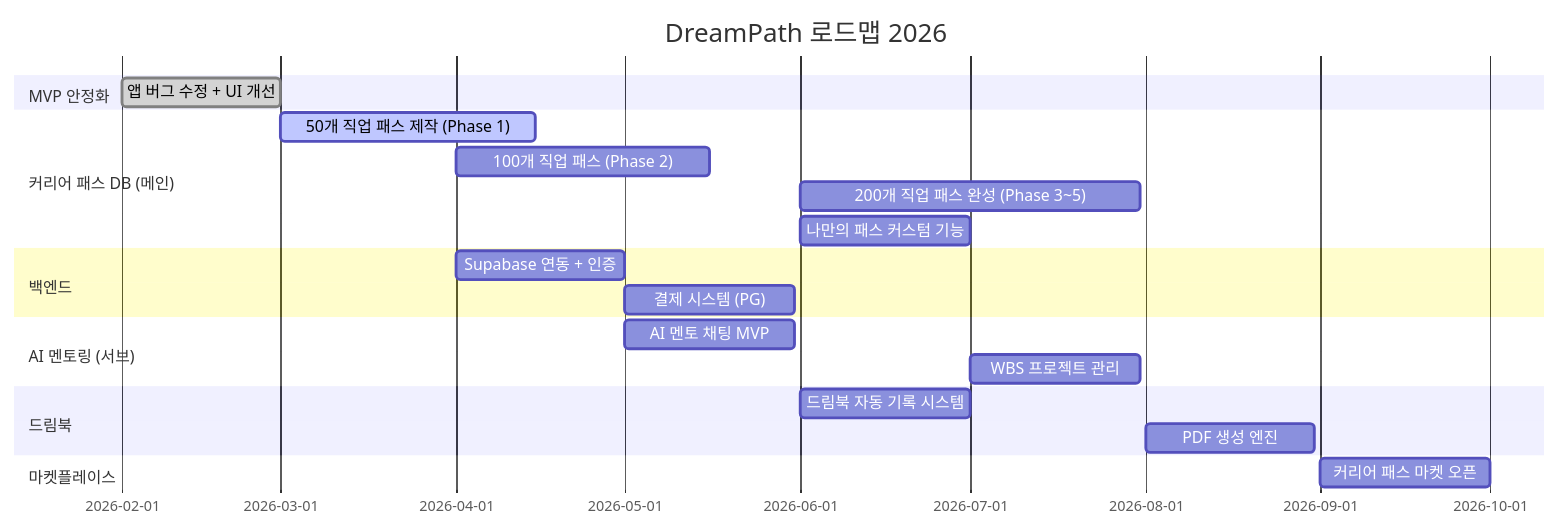
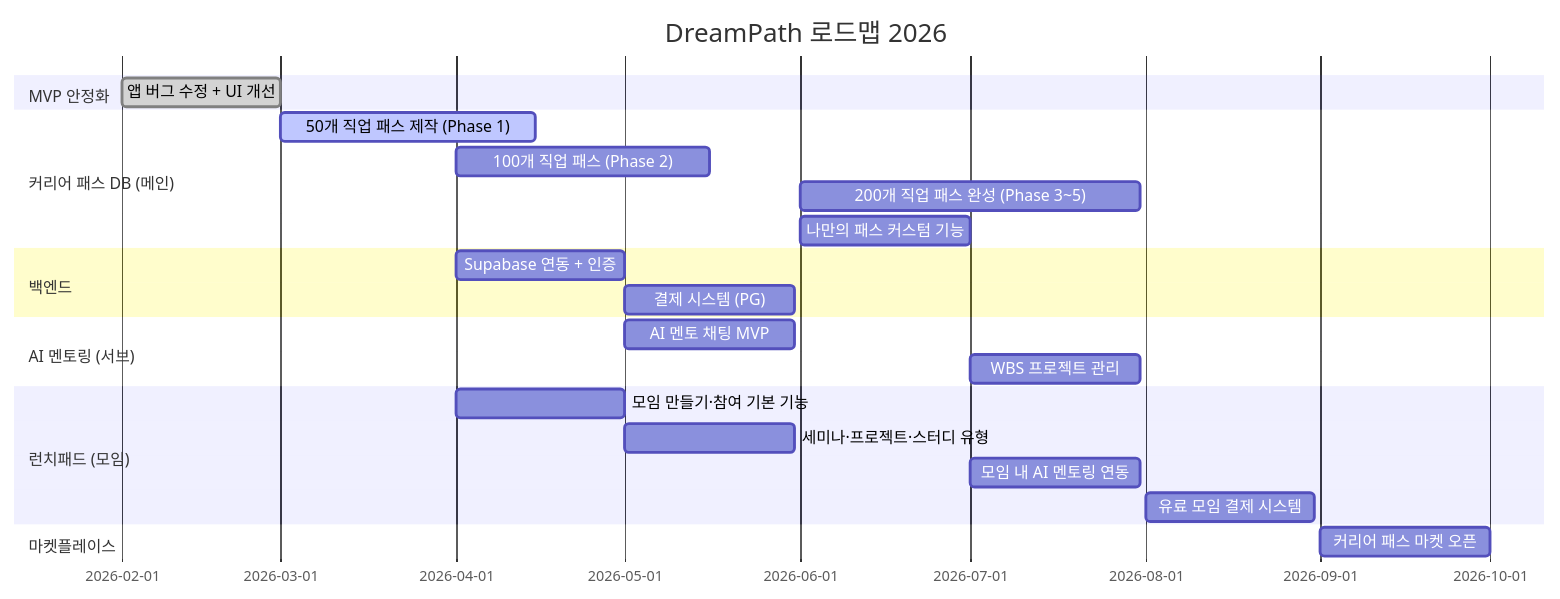
Before and after one commit to Collegenie-X/AI-career-path: the ninth of 9 diagrams in INVESTMENT_PROPOSAL.md, drawn with Mermaid. The commit also changed other lines of this file and 10 other files, not shown here.

````diff
--- a/INVESTMENT_PROPOSAL.md
+++ b/INVESTMENT_PROPOSAL.md
@@ -563,23 +736,25 @@
 ```mermaid
 gantt
     title DreamPath 로드맵 2026
     dateFormat  YYYY-MM
     section MVP 안정화
     앱 버그 수정 + UI 개선          :done, 2026-02, 28d
     section 커리어 패스 DB (메인)
     50개 직업 패스 제작 (Phase 1)    :active, 2026-03, 45d
     100개 직업 패스 (Phase 2)       :2026-04, 45d
     200개 직업 패스 완성 (Phase 3~5) :2026-06, 60d
     나만의 패스 커스텀 기능           :2026-06, 30d
     section 백엔드
     Supabase 연동 + 인증            :2026-04, 30d
     결제 시스템 (PG)                :2026-05, 30d
     section AI 멘토링 (서브)
     AI 멘토 채팅 MVP                :2026-05, 30d
     WBS 프로젝트 관리               :2026-07, 30d
-    section 드림북
-    드림북 자동 기록 시스템          :2026-06, 30d
-    PDF 생성 엔진                  :2026-08, 30d
+    section 런치패드 (모임)
+    모임 만들기·참여 기본 기능       :2026-04, 30d
+    세미나·프로젝트·스터디 유형      :2026-05, 30d
+    모임 내 AI 멘토링 연동          :2026-07, 30d
+    유료 모임 결제 시스템            :2026-08, 30d
     section 마켓플레이스
     커리어 패스 마켓 오픈            :2026-09, 30d
 ```
````
